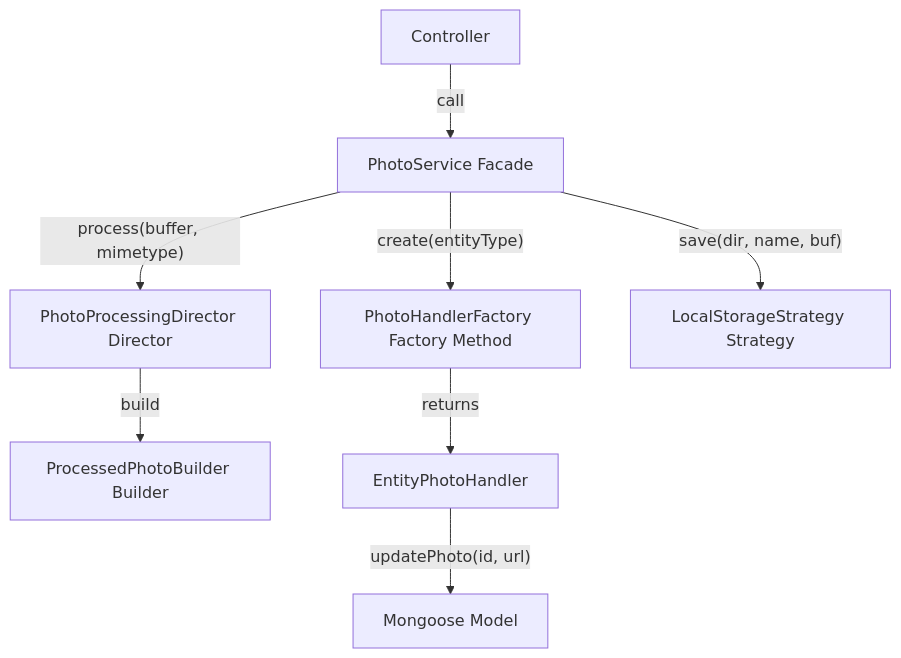
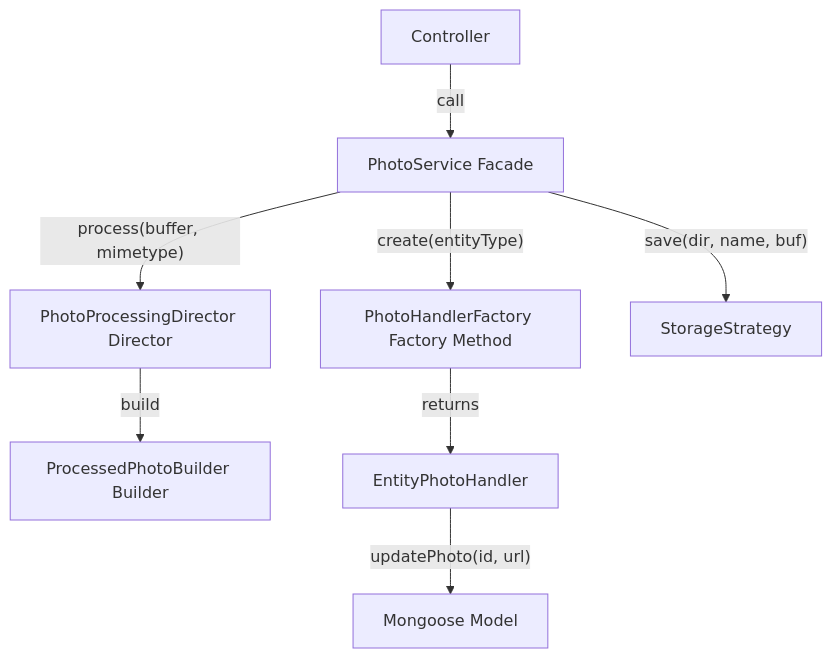
One commit to GregCMills/IFN636-Assignment-1-2 changed the first of 2 diagrams in backend-design-patterns.md. Above: the diagram before and after it, drawn with Mermaid. The commit also changed other lines of this file, not shown here.

````diff
--- a/backend-design-patterns.md
+++ b/backend-design-patterns.md
@@ -1158,10 +1484,10 @@
 ```mermaid
 flowchart TD
     Client[Controller] -->|call| Facade[PhotoService Facade]
     Facade -->|"create(entityType)"| Factory[PhotoHandlerFactory Factory Method]
     Facade -->|"process(buffer, mimetype)"| Director[PhotoProcessingDirector Director]
     Director -->|build| Builder[ProcessedPhotoBuilder Builder]
-    Facade -->|"save(dir, name, buf)"| Strategy[LocalStorageStrategy Strategy]
+    Facade -->|"save(dir, name, buf)"| Strategy[StorageStrategy]
     Factory -->|returns| Handler[EntityPhotoHandler]
     Handler -->|"updatePhoto(id, url)"| Model[Mongoose Model]
 ```
````
